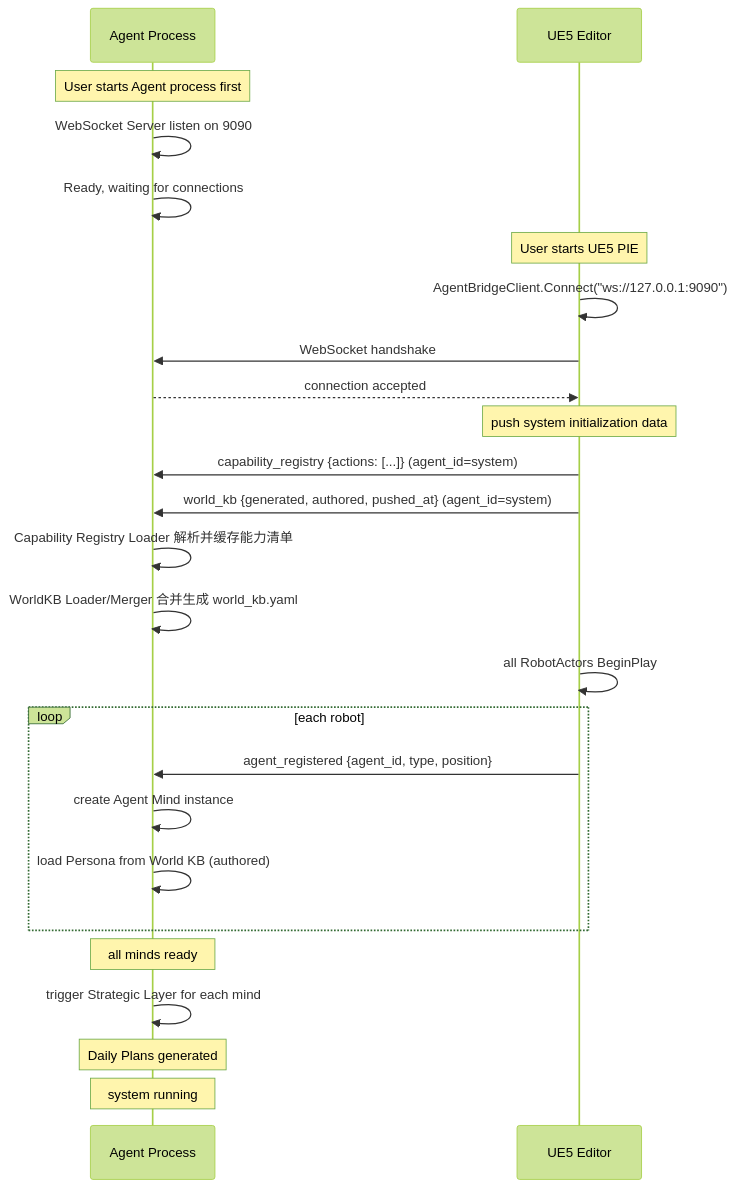
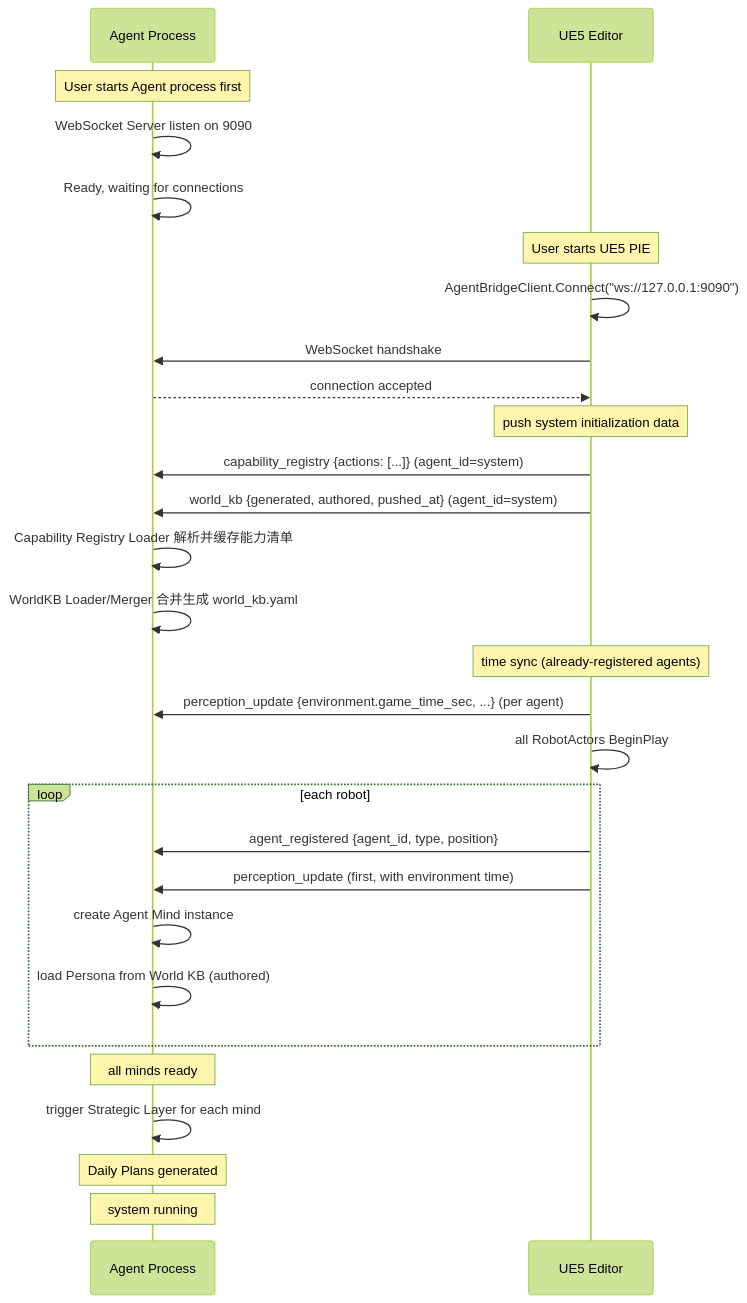
Before and after one commit to yitian-chen/SmartNPC: the eighth of 10 diagrams in docs/AgentTown_CommProtocol_Values.md, drawn with Mermaid (forest theme). The commit also changed other lines of this file and 7 other files, not shown here.

First line of the commit message:
feat(protocol): 按约定 19 重构 perception_update 时间字段为 game_time_sec 体系

````diff
--- a/docs/AgentTown_CommProtocol_Values.md
+++ b/docs/AgentTown_CommProtocol_Values.md
@@ -1127,32 +1156,36 @@
 ```mermaid
 sequenceDiagram
     participant Agent as Agent Process
     participant UE as UE5 Editor
 
     Note over Agent: User starts Agent process first
     Agent->>Agent: WebSocket Server listen on 9090
     Agent->>Agent: Ready, waiting for connections
 
     Note over UE: User starts UE5 PIE
     UE->>UE: AgentBridgeClient.Connect("ws://127.0.0.1:9090")
     UE->>Agent: WebSocket handshake
     Agent-->>UE: connection accepted
 
     Note over UE: push system initialization data
     UE->>Agent: capability_registry {actions: [...]} (agent_id=system)
     UE->>Agent: world_kb {generated, authored, pushed_at} (agent_id=system)
     Agent->>Agent: Capability Registry Loader 解析并缓存能力清单
     Agent->>Agent: WorldKB Loader/Merger 合并生成 world_kb.yaml
 
+    Note over UE: time sync (already-registered agents)
+    UE->>Agent: perception_update {environment.game_time_sec, ...} (per agent)
+
     UE->>UE: all RobotActors BeginPlay
     loop each robot
         UE->>Agent: agent_registered {agent_id, type, position}
+        UE->>Agent: perception_update (first, with environment time)
         Agent->>Agent: create Agent Mind instance
         Agent->>Agent: load Persona from World KB (authored)
     end
 
     Note over Agent: all minds ready
     Agent->>Agent: trigger Strategic Layer for each mind
     Note over Agent: Daily Plans generated
     Note over Agent: system running
 ```
````
